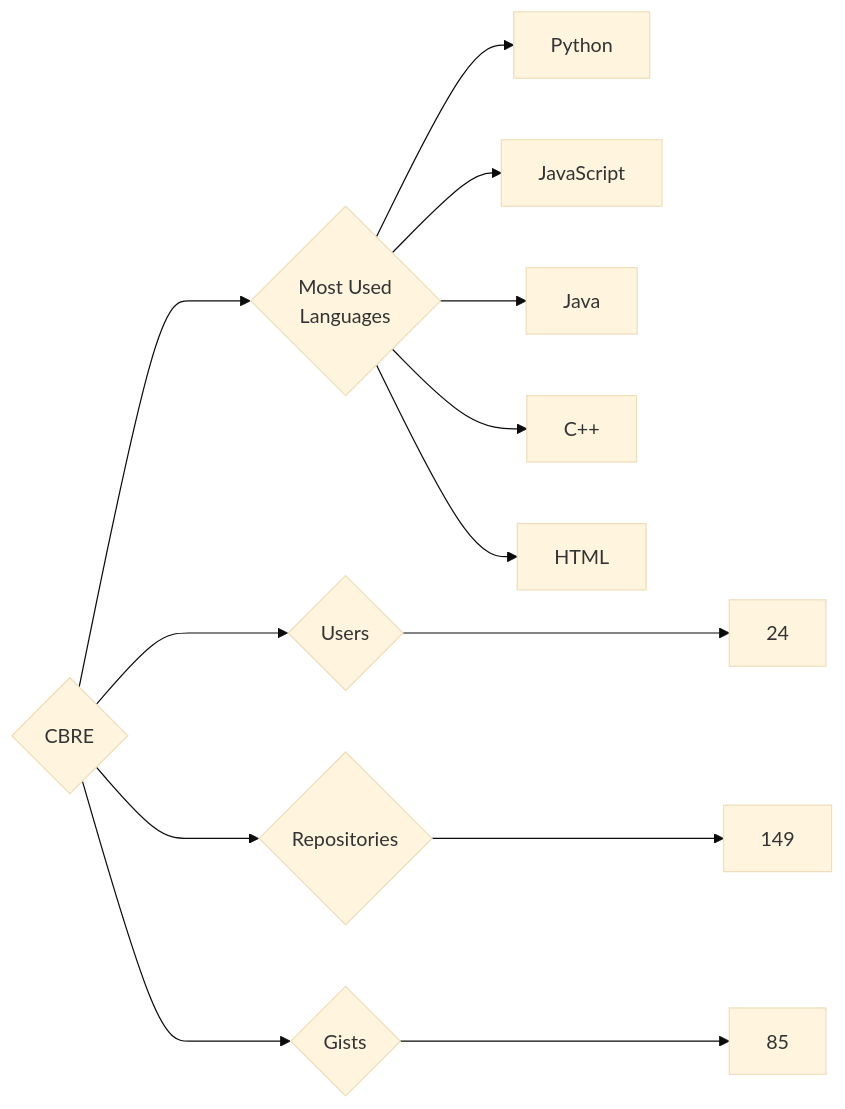
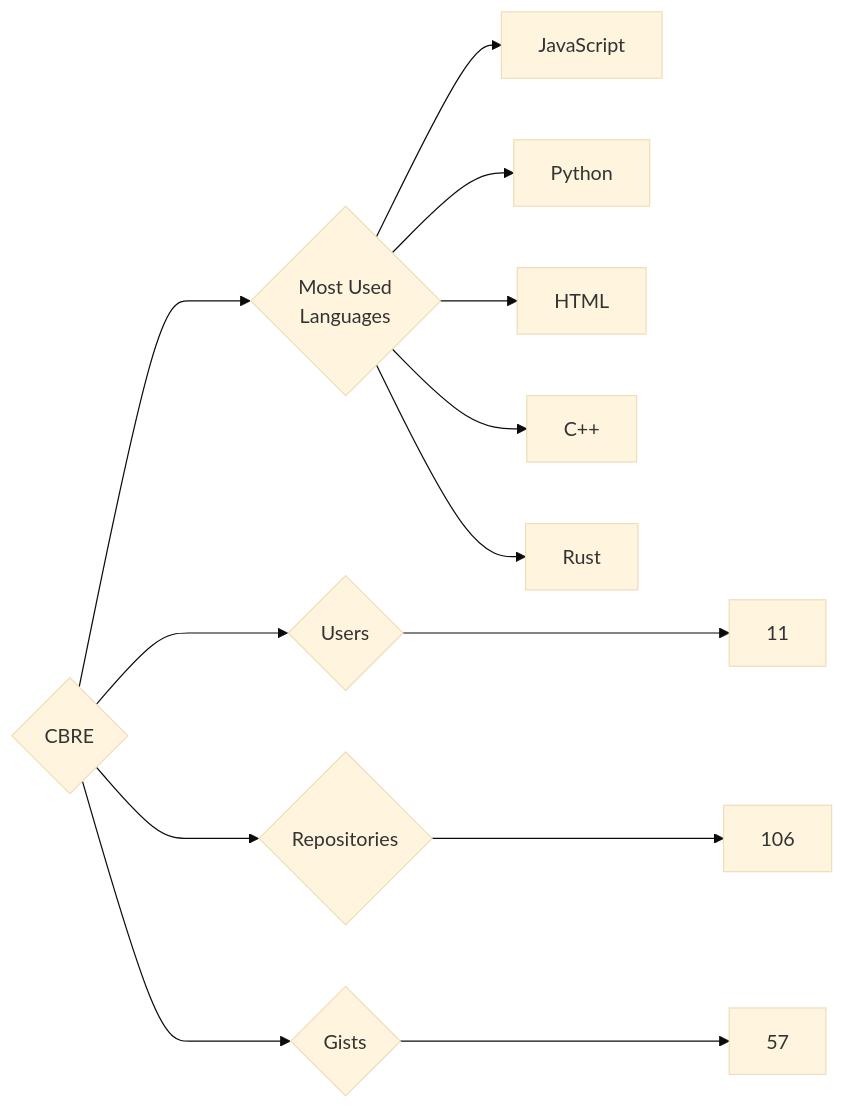
Before and after one commit to trickest/insiders: the diagram in targets/CBRE/README.md, drawn with Mermaid (base theme). The commit also changed 894 other files, not shown here.

````diff
--- a/targets/CBRE/README.md
+++ b/targets/CBRE/README.md
@@ -3,13 +3,13 @@
 ```mermaid
 graph LR
 COMPANY_NAME{CBRE}
-COMPANY_NAME ---> U{Users} ---> UN[24]
-COMPANY_NAME ---> R{Repositories} ---> RN[149]
-COMPANY_NAME ---> G{Gists} ---> GN[85]
+COMPANY_NAME ---> U{Users} ---> UN[11]
+COMPANY_NAME ---> R{Repositories} ---> RN[106]
+COMPANY_NAME ---> G{Gists} ---> GN[57]
 COMPANY_NAME ---> ML{Most Used<br>Languages}
+ML --> JavaScript[JavaScript]
 ML --> Python[Python]
-ML --> JavaScript[JavaScript]
-ML --> Java[Java]
+ML --> HTML[HTML]
 ML --> C++[C++]
-ML --> HTML[HTML]
+ML --> Rust[Rust]
 ```
````
